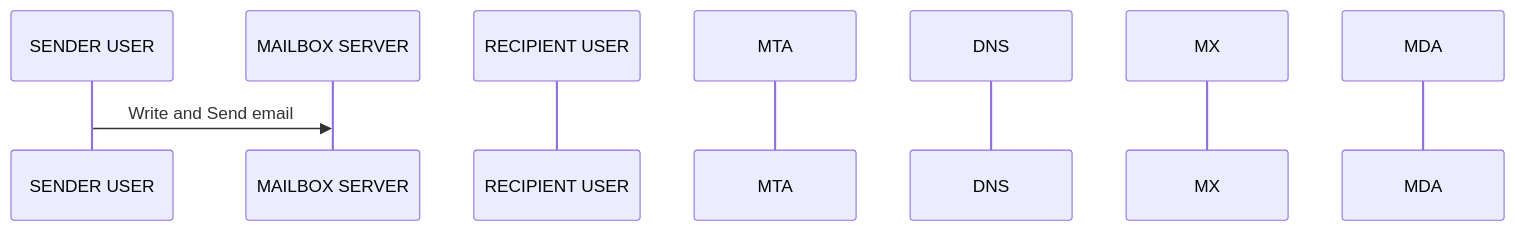
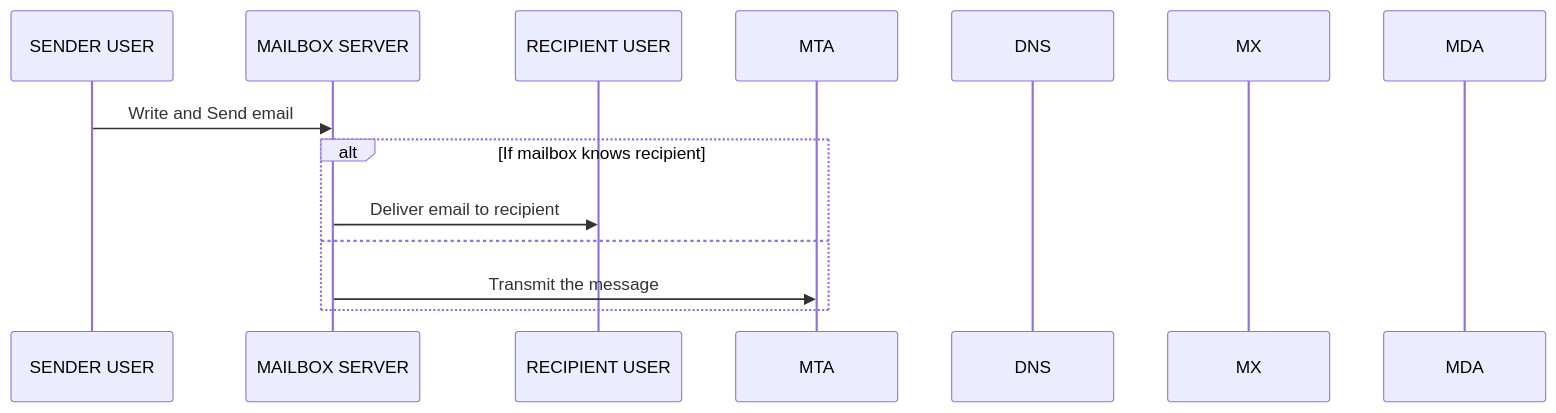
One commit to mathalro/micromaster-cloudcomputing changed the diagram in engineering-management/week1.md. Above: the diagram before and after it, drawn with Mermaid.

````diff
--- a/engineering-management/week1.md
+++ b/engineering-management/week1.md
@@ -49,12 +49,17 @@
 ```mermaid
  sequenceDiagram
     participant SENDER USER
     participant MAILBOX SERVER
     participant RECIPIENT USER
     participant MTA
     participant DNS
     participant MX
     participant MDA
 
     SENDER USER->>MAILBOX SERVER: Write and Send email
+    alt If mailbox knows recipient
+     MAILBOX SERVER->>RECIPIENT USER: Deliver email to recipient
+    else
+     MAILBOX SERVER->>MTA: Transmit the message
+    end
 ```
````
